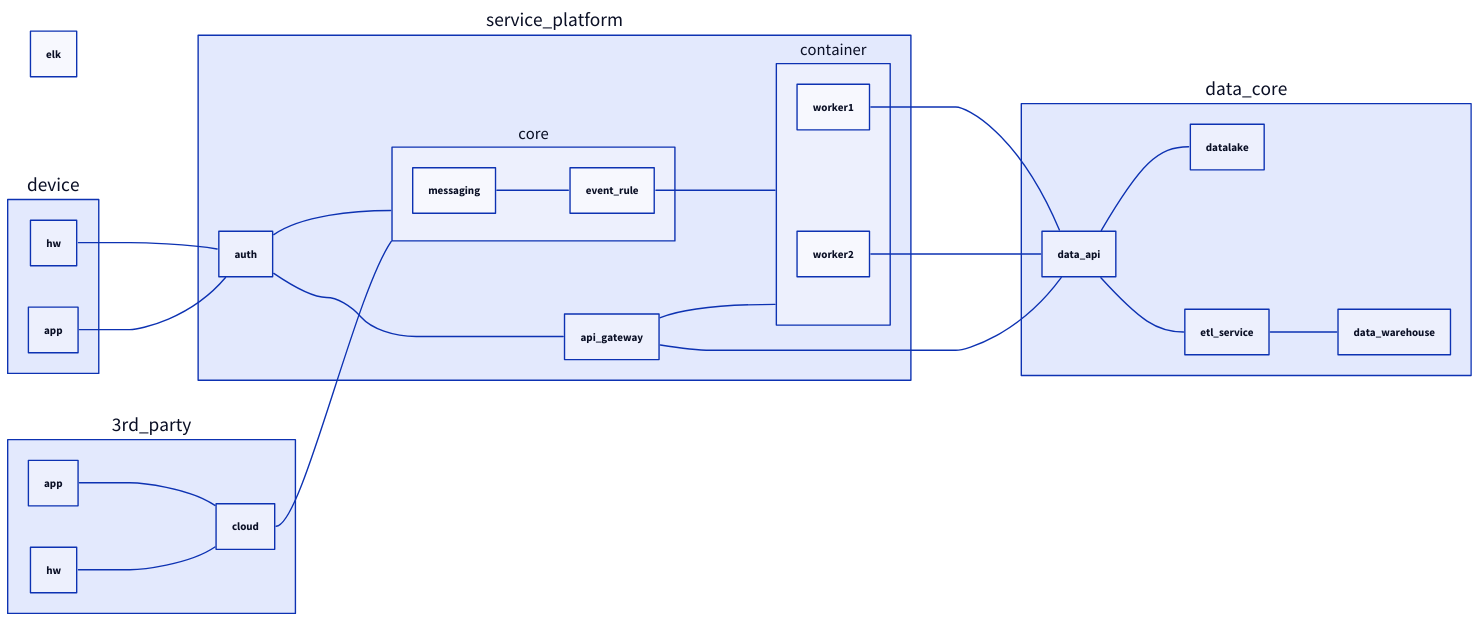
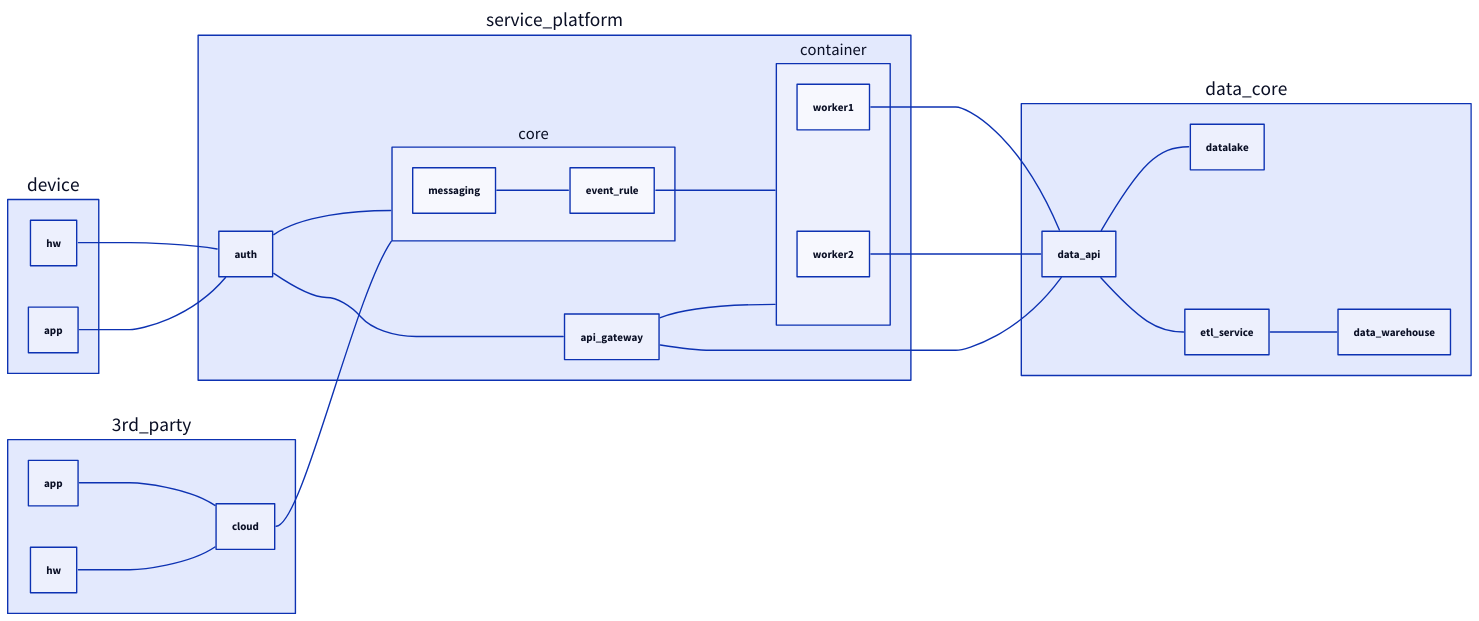
The diagram in _posts/2024-11-01-message-architecture-and-operational-design.md (devchan64/devchan64.github.io), drawn with D2 before and after one commit. The commit also changed other lines of this file and 6 other files, not shown here.

Commit message:
다이어그램 확대 기능

````diff
--- a/_posts/2024-11-01-message-architecture-and-operational-design.md
+++ b/_posts/2024-11-01-message-architecture-and-operational-design.md
@@ -72,24 +70,23 @@
 ```d2
-layout: elk
 direction: right
 
 device.hw -- service_platform.auth -- service_platform.core
 device.app -- service_platform.auth -- service_platform.api_gateway
 
 3rd_party.app -- 3rd_party.cloud
 3rd_party.hw -- 3rd_party.cloud
 3rd_party.cloud -- service_platform.core
 
 service_platform.core.messaging -- service_platform.core.event_rule
 service_platform.core.event_rule -- service_platform.container
 
 service_platform.api_gateway -- service_platform.container
 service_platform.api_gateway -- data_core.data_api
 
 service_platform.container.worker1 -- data_core.data_api
 service_platform.container.worker2 -- data_core.data_api
 
 data_core.data_api -- data_core.datalake
 data_core.data_api -- data_core.etl_service
 data_core.etl_service -- data_core.data_warehouse
 ```
````
